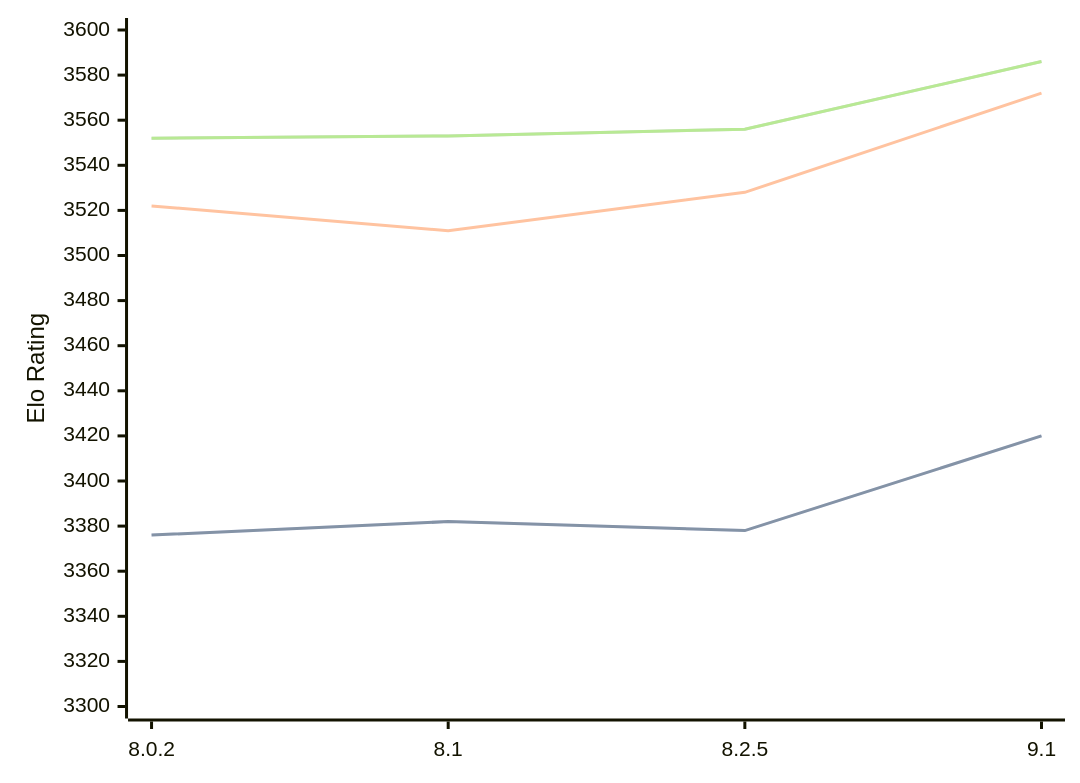
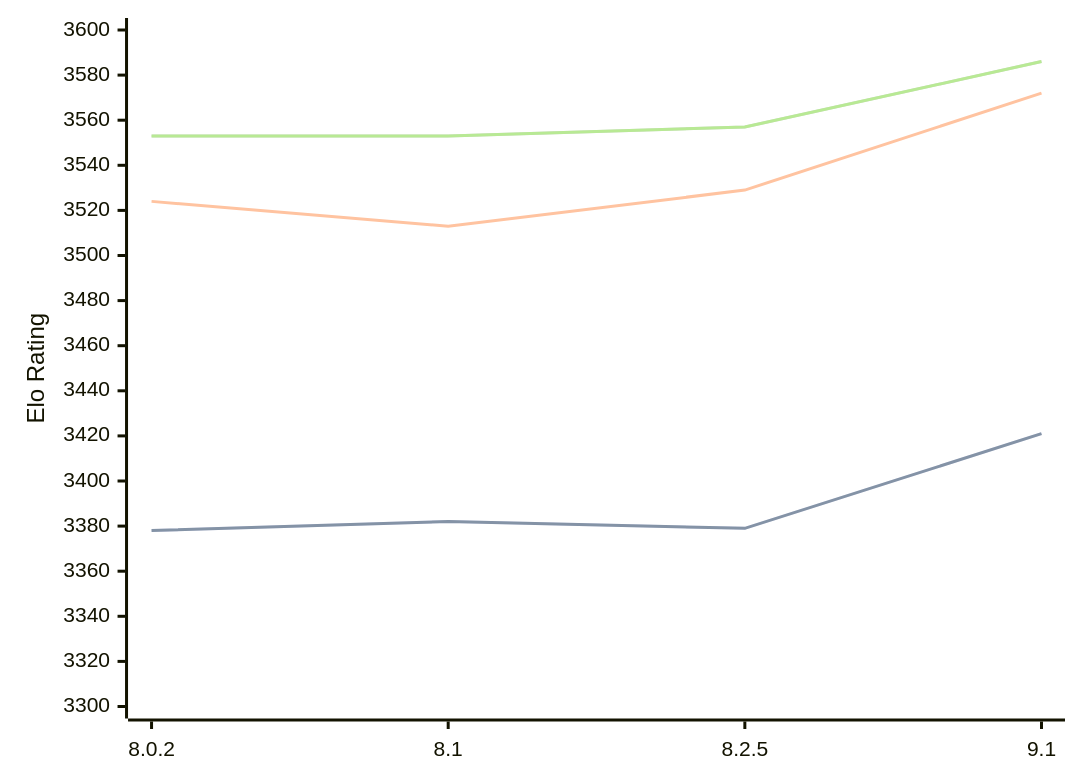
Before and after one commit to computer-chess-index/cci: the diagram in engines/Clover.md, drawn with Mermaid. The commit also changed other lines of this file, not shown here.

Commit message:
Update CCI Ratings (ELO VLTC) - 2026-05-01

````diff
--- a/engines/Clover.md
+++ b/engines/Clover.md
@@ -64,11 +64,11 @@
 ```mermaid
 %%{init: {"theme":"base","themeVariables":{"seriesColors:['#a3a3a3','#222221','#faa371']}}}%%
 xychart-beta
   x-axis ["8.0.2", "8.1", "8.2.5", "9.1"]
   y-axis "Elo Rating" 3300 --> 3600
-  line "STC (8.0+0.08s)" [3376, 3382, 3378, 3420]
-  line "STC (8.0+0.08s)" [3376, 3382, 3378, 3420]
-  line "LTC (60.0+0.60s)" [3522, 3511, 3528, 3572]
-  line "VLTC (2m24s+1.12s)" [3552, 3553, 3556, 3586]
-  line "VLTC (2m24s+1.12s)" [3552, 3553, 3556, 3586]
+  line "STC (8.0+0.08s)" [3378, 3382, 3379, 3421]
+  line "STC (8.0+0.08s)" [3378, 3382, 3379, 3421]
+  line "LTC (60.0+0.60s)" [3524, 3513, 3529, 3572]
+  line "VLTC (2m24s+1.12s)" [3553, 3553, 3557, 3586]
+  line "VLTC (2m24s+1.12s)" [3553, 3553, 3557, 3586]
 ```
````
